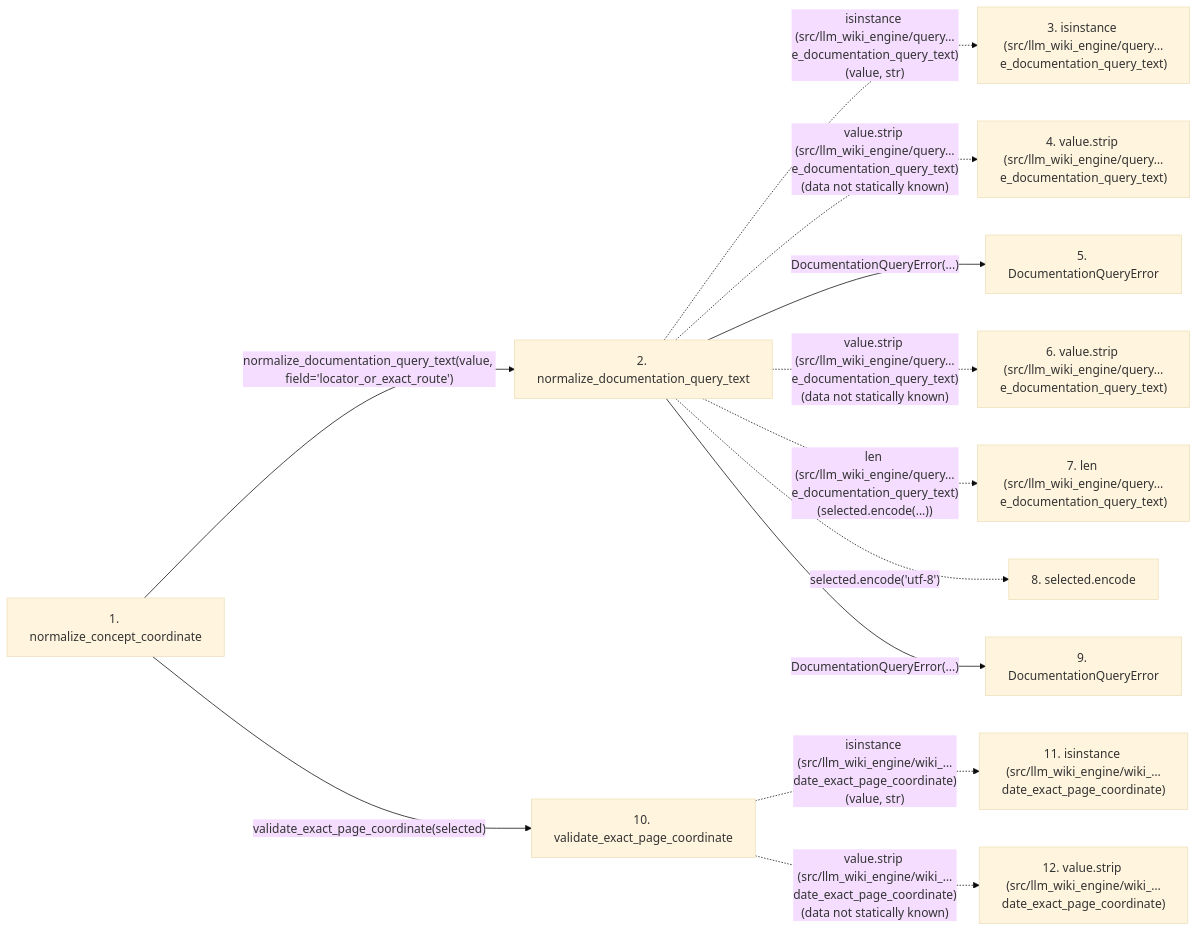
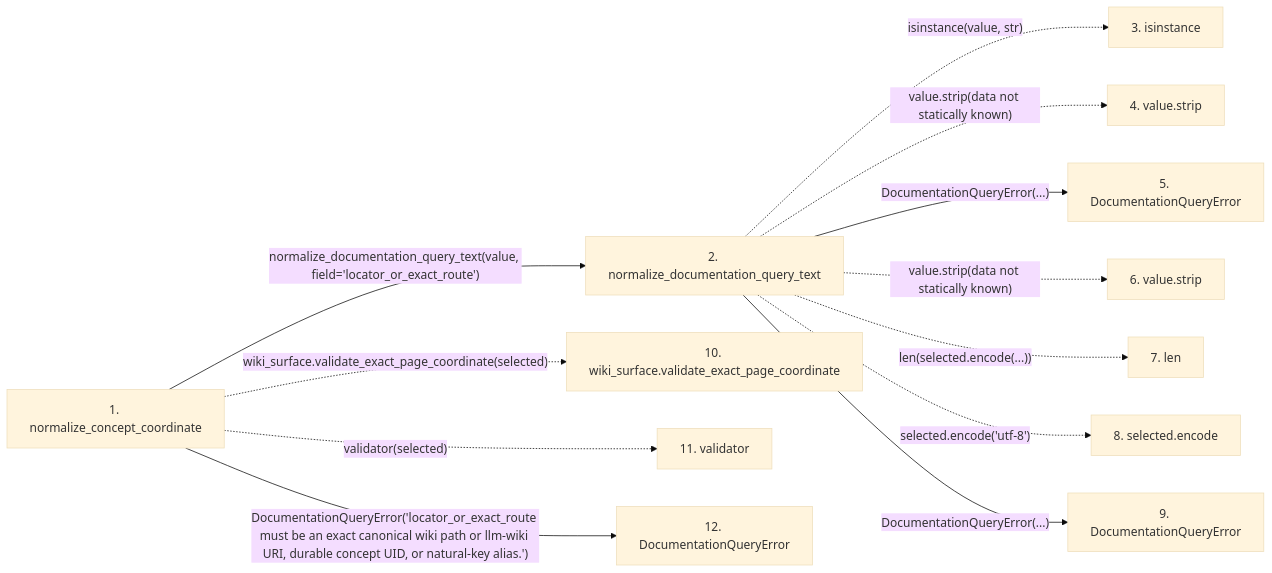
Before and after one commit to Denissvgn/python-wiki-llm: the second of 2 diagrams in docs/llm_wiki/flows/api-normalize_concept_coordinate.md, drawn with Mermaid (base theme). The commit also changed other lines of this file and 719 other files, not shown here.

Commit message:
docs: refresh the wiki for the engine's own use cases

````diff
--- a/docs/llm_wiki/flows/api-normalize_concept_coordinate.md
+++ b/docs/llm_wiki/flows/api-normalize_concept_coordinate.md
@@ -124,31 +71,31 @@
 ```mermaid
 flowchart LR
     s1["1. normalize_concept_coordinate"]
     s2["2. normalize_documentation_query_text"]
-    s3["3. isinstance (src/llm_wiki_engine/query…e_documentation_query_text)"]
-    s4["4. value.strip (src/llm_wiki_engine/query…e_documentation_query_text)"]
+    s3["3. isinstance"]
+    s4["4. value.strip"]
     s5["5. DocumentationQueryError"]
-    s6["6. value.strip (src/llm_wiki_engine/query…e_documentation_query_text)"]
-    s7["7. len (src/llm_wiki_engine/query…e_documentation_query_text)"]
+    s6["6. value.strip"]
+    s7["7. len"]
     s8["8. selected.encode"]
     s9["9. DocumentationQueryError"]
-    s10["10. validate_exact_page_coordinate"]
-    s11["11. isinstance (src/llm_wiki_engine/wiki_…date_exact_page_coordinate)"]
-    s12["12. value.strip (src/llm_wiki_engine/wiki_…date_exact_page_coordinate)"]
+    s10["10. wiki_surface.validate_exact_page_coordinate"]
+    s11["11. validator"]
+    s12["12. DocumentationQueryError"]
     s1 -->|"normalize_documentation_query_text(value, field='locator_or_exact_route')"| s2
-    s2 -. "isinstance (src/llm_wiki_engine/query…e_documentation_query_text)(value, str)" .-> s3
-    s2 -. "value.strip (src/llm_wiki_engine/query…e_documentation_query_text)(data not statically known)" .-> s4
+    s2 -. "isinstance(value, str)" .-> s3
+    s2 -. "value.strip(data not statically known)" .-> s4
     s2 -->|"DocumentationQueryError(...)"| s5
-    s2 -. "value.strip (src/llm_wiki_engine/query…e_documentation_query_text)(data not statically known)" .-> s6
-    s2 -. "len (src/llm_wiki_engine/query…e_documentation_query_text)(selected.encode(...))" .-> s7
+    s2 -. "value.strip(data not statically known)" .-> s6
+    s2 -. "len(selected.encode(...))" .-> s7
     s2 -. "selected.encode('utf-8')" .-> s8
     s2 -->|"DocumentationQueryError(...)"| s9
-    s1 -->|"validate_exact_page_coordinate(selected)"| s10
-    s10 -. "isinstance (src/llm_wiki_engine/wiki_…date_exact_page_coordinate)(value, str)" .-> s11
-    s10 -. "value.strip (src/llm_wiki_engine/wiki_…date_exact_page_coordinate)(data not statically known)" .-> s12
+    s1 -. "wiki_surface.validate_exact_page_coordinate(selected)" .-> s10
+    s1 -. "validator(selected)" .-> s11
+    s1 -->|"DocumentationQueryError('locator_or_exact_route must be an exact canonical wiki path or llm-wiki URI, durable concept UID, or natural-key alias.')"| s12
     click s1 "../modules/query_request_format.md"
     click s2 "../modules/query_request_format.md"
     click s5 "../modules/query_request_format.md"
     click s9 "../modules/query_request_format.md"
-    click s10 "../modules/wiki_surface.md"
+    click s12 "../modules/query_request_format.md"
 ```
````
